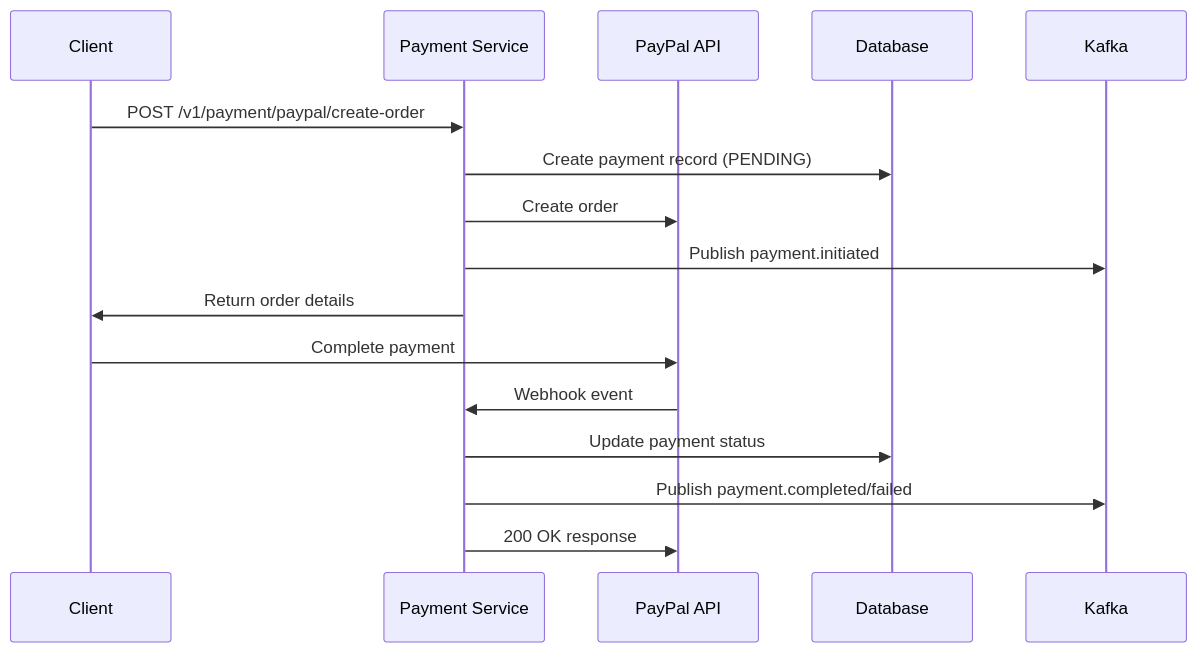
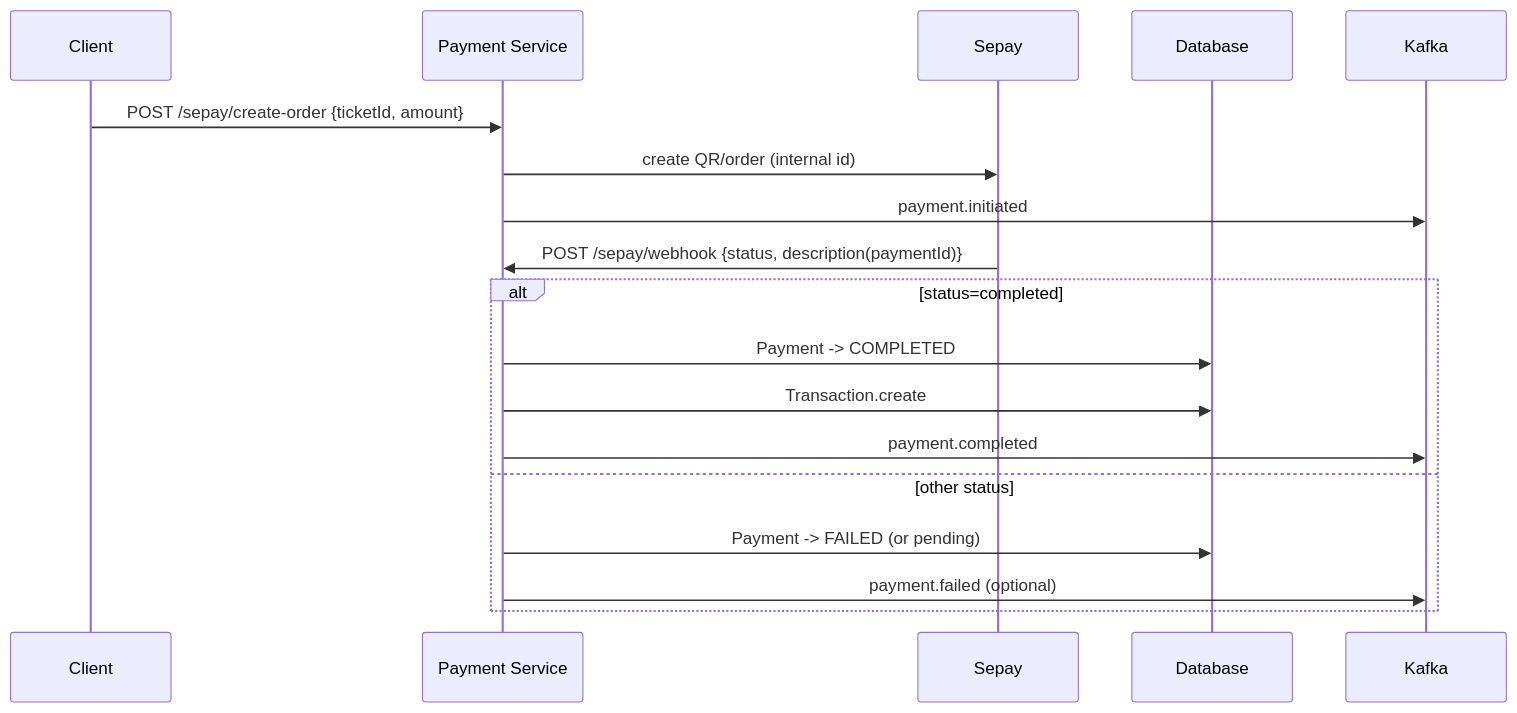
One commit to NamPhAm-Work423/Metro-backend changed the fifth of 7 diagrams in payment-service/README.md. Above: the diagram before and after it, drawn with Mermaid. The commit also changed other lines of this file and 224 other files, not shown here.

````diff
--- a/payment-service/README.md
+++ b/payment-service/README.md
@@ -77,20 +385,22 @@
 ```mermaid
 sequenceDiagram
-    participant Client
-    participant API as Payment Service
-    participant PayPal as PayPal API
-    participant DB as Database
-    participant Kafka
+  participant Client
+  participant PS as Payment Service
+  participant SP as Sepay
+  participant DB as Database
+  participant KF as Kafka
 
-    Client->>API: POST /v1/payment/paypal/create-order
-    API->>DB: Create payment record (PENDING)
-    API->>PayPal: Create order
-    API->>Kafka: Publish payment.initiated
-    API->>Client: Return order details
-    
-    Client->>PayPal: Complete payment
-    PayPal->>API: Webhook event
-    API->>DB: Update payment status
-    API->>Kafka: Publish payment.completed/failed
-    API->>PayPal: 200 OK response
+  Client->>PS: POST /sepay/create-order {ticketId, amount}
+  PS->>SP: create QR/order (internal id)
+  PS->>KF: payment.initiated
+
+  SP->>PS: POST /sepay/webhook {status, description(paymentId)}
+  alt status=completed
+    PS->>DB: Payment -> COMPLETED
+    PS->>DB: Transaction.create
+    PS->>KF: payment.completed
+  else other status
+    PS->>DB: Payment -> FAILED (or pending)
+    PS->>KF: payment.failed (optional)
+  end
 ```
````
